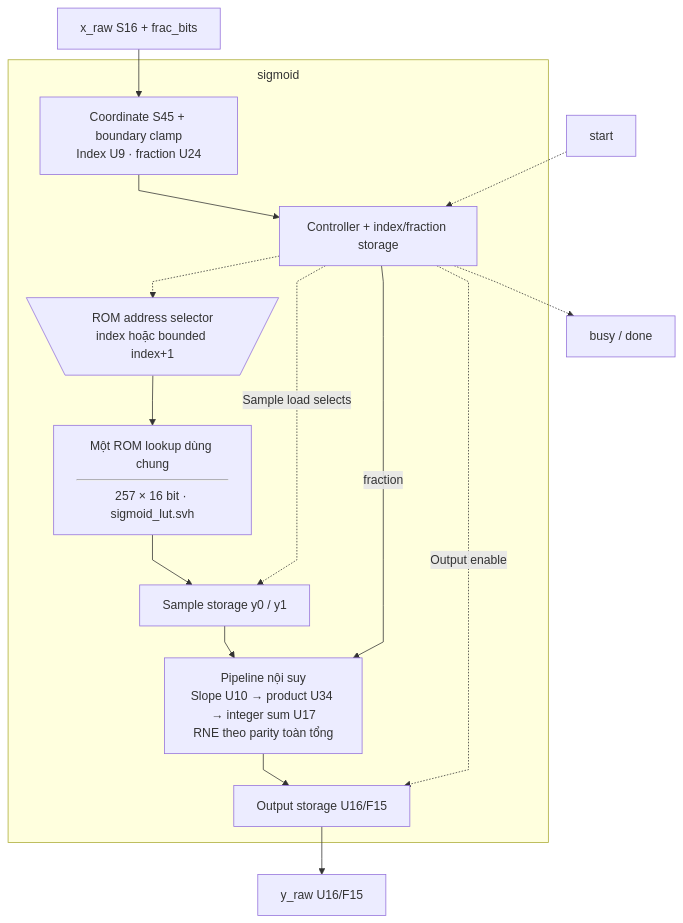
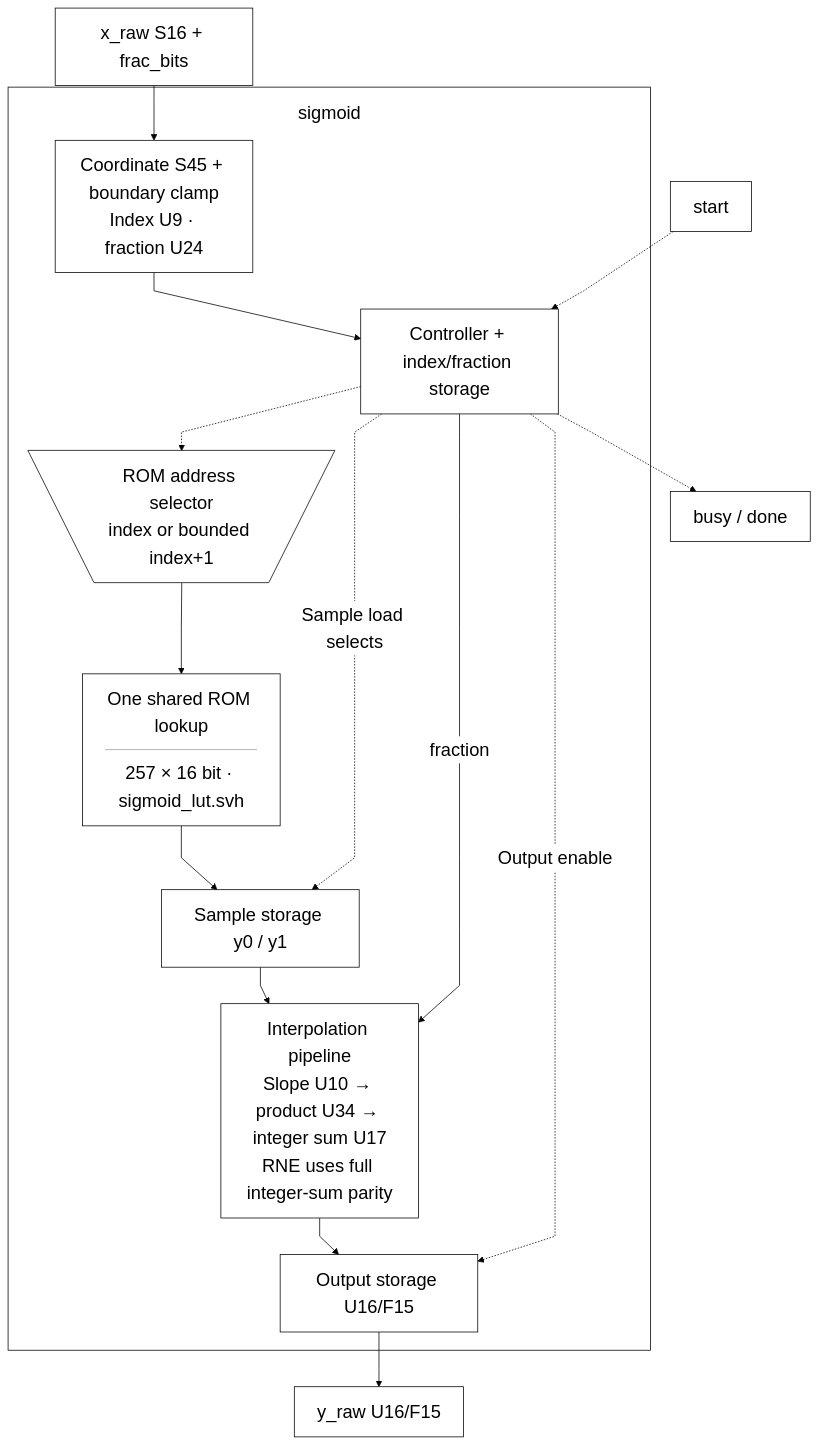
One commit to nguyennhutkhanhtom/NPU changed the first of 2 diagrams in docs/source_guide/blocks/sigmoid.sv.md. Above: the diagram before and after it, drawn with Mermaid. The commit also changed other lines of this file and 102 other files, not shown here.

First line of the commit message:
docs: refresh guides and source-grounded RTL diagrams

````diff
--- a/docs/source_guide/blocks/sigmoid.sv.md
+++ b/docs/source_guide/blocks/sigmoid.sv.md
@@ -15,27 +15,29 @@
 ```mermaid
+%%{init: {"theme":"base","fontFamily":"Arial, sans-serif","themeVariables":{"fontSize":"24px","primaryColor":"#ffffff","primaryTextColor":"#000000","primaryBorderColor":"#000000","secondaryColor":"#ffffff","tertiaryColor":"#ffffff","lineColor":"#000000","textColor":"#000000","mainBkg":"#ffffff","nodeBorder":"#000000","clusterBkg":"#ffffff","clusterBorder":"#000000","edgeLabelBackground":"#ffffff"},"flowchart":{"htmlLabels":true,"useMaxWidth":false,"nodeSpacing":32,"rankSpacing":48,"curve":"linear","subGraphTitleMargin":{"top":16,"bottom":30}}}}%%
 flowchart TB
-%%{init: {"flowchart": {"subGraphTitleMargin": {"top": 8, "bottom": 20}, "nodeSpacing": 28, "rankSpacing": 42, "curve": "linear"}}}%%
-    X["x_raw S16 + frac_bits"]
+X["x_raw S16 + frac_bits"]
     subgraph SIG["sigmoid"]
         COORD["Coordinate S45 + boundary clamp<br/>Index U9 · fraction U24"]
         CTRL["Controller + index/fraction storage"]
-        ADDR@{ shape: trap-t, label: "ROM address selector<br/>index hoặc bounded index+1" }
-        ROM@{ shape: rect, label: "Một ROM lookup dùng chung<hr/>257 × 16 bit · sigmoid_lut.svh" }
+        ADDR@{ shape: trap-t, label: "ROM address selector<br/>index or bounded index+1" }
+        ROM@{ shape: rect, label: "One shared ROM lookup<hr/>257 × 16 bit · sigmoid_lut.svh" }
         SAMPLES["Sample storage y0 / y1"]
-        INTERP["Pipeline nội suy<br/>Slope U10 → product U34 → integer sum U17<br/>RNE theo parity toàn tổng"]
+        INTERP["Interpolation pipeline<br/>Slope U10 → product U34 → integer sum U17<br/>RNE uses full integer-sum parity"]
         OUT["Output storage U16/F15"]
     end
     X --> COORD
     COORD --> CTRL
     START["start"] -.-> CTRL
     CTRL -.-> ADDR
     ADDR --> ROM
     ROM --> SAMPLES
     CTRL -.->|"Sample load selects"| SAMPLES
     SAMPLES --> INTERP
     CTRL -->|"fraction"| INTERP
     INTERP --> OUT
     CTRL -.->|"Output enable"| OUT
     OUT --> Y["y_raw U16/F15"]
     CTRL -.-> STATUS["busy / done"]
+    classDef default fill:white,stroke:black,color:black,font-size:24px;
+    linkStyle default stroke:black,color:black;
 ```
````
